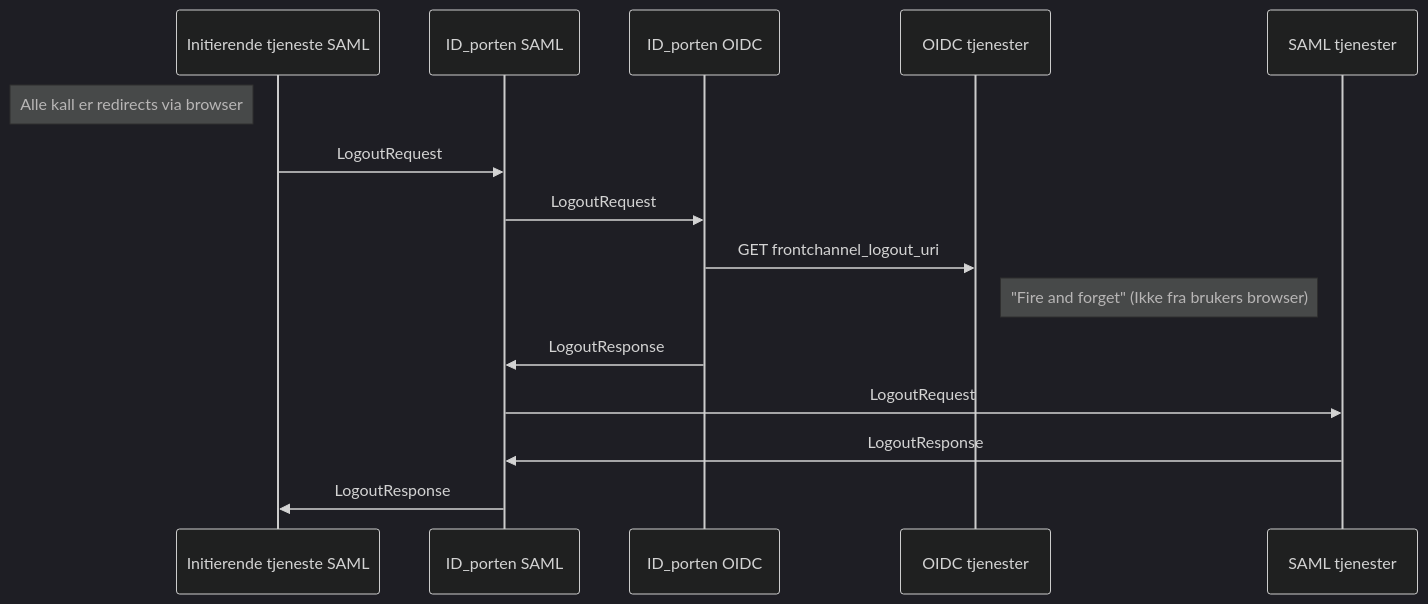
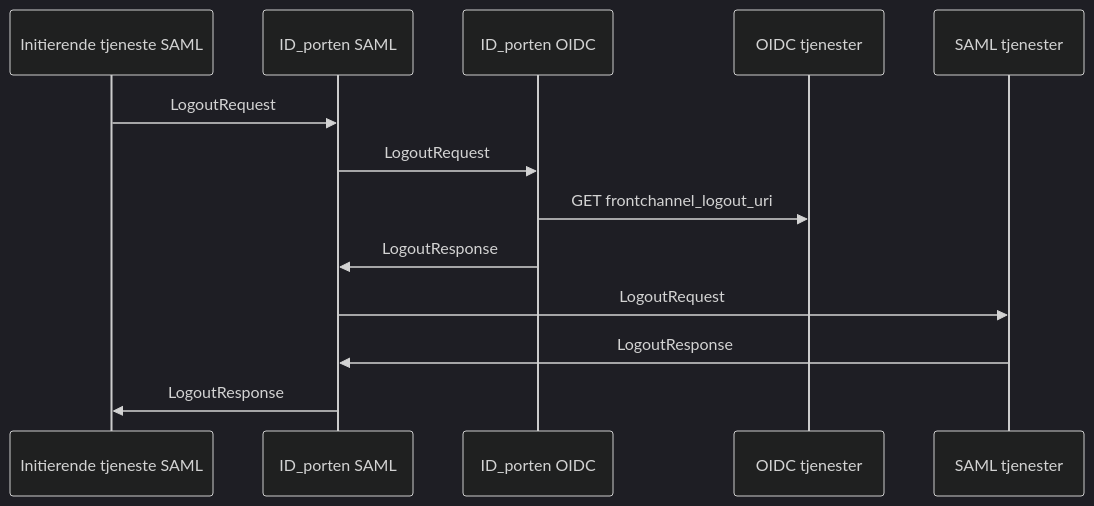
Before and after one commit to difi/idporten-oidc-dokumentasjon: the second of 2 diagrams in pages/oidc/oidc_func_sso.md, drawn with Mermaid (dark theme). The commit also changed other lines of this file, not shown here.

Commit message:
sekvensdiagram frå OIDC

```diff
--- a/pages/oidc/oidc_func_sso.md
+++ b/pages/oidc/oidc_func_sso.md
@@ -83,13 +99,11 @@
 <div class="mermaid">
 sequenceDiagram
-note left of Initierende tjeneste SAML: Alle kall er redirects via browser
 	Initierende tjeneste SAML ->> ID_porten SAML: LogoutRequest
 	ID_porten SAML ->> ID_porten OIDC: LogoutRequest
 	ID_porten OIDC ->> OIDC tjenester : GET frontchannel_logout_uri
-	note right of OIDC tjenester: "Fire and forget" (Ikke fra brukers browser)
 	ID_porten OIDC ->> ID_porten SAML: LogoutResponse
 	ID_porten SAML ->> SAML tjenester: LogoutRequest
 	SAML tjenester ->> ID_porten SAML: LogoutResponse
 	ID_porten SAML ->> Initierende tjeneste SAML: LogoutResponse
 
 </div>
```
